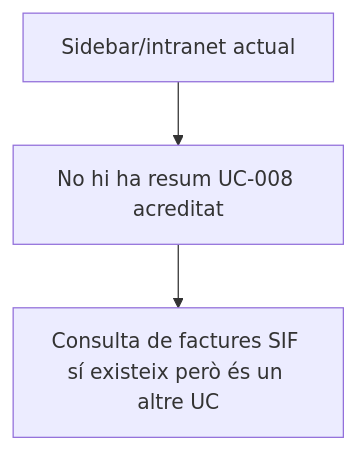
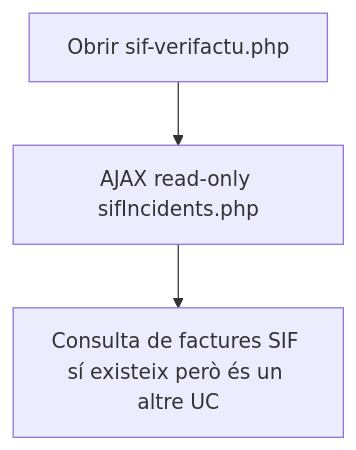
Diagram 17 of 18 in documentacio/07-uml-integrat/uc-008-activitats-pagines-incidencies-actual-final.md (orgmeriemprismacat-del/verifactu), drawn with Mermaid before and after one commit. The commit also changed other lines of this file, not shown here.

Commit message:
docs(uc-008): actualitzar activitats ACTUAL amb UI implementada

````diff
--- a/documentacio/07-uml-integrat/uc-008-activitats-pagines-incidencies-actual-final.md
+++ b/documentacio/07-uml-integrat/uc-008-activitats-pagines-incidencies-actual-final.md
@@ -245,5 +245,5 @@
 ```mermaid
 flowchart TD
-A[Sidebar/intranet actual] --> B[No hi ha resum UC-008 acreditat]
+A[Obrir sif-verifactu.php] --> B[AJAX read-only sifIncidents.php]
 B --> C[Consulta de factures SIF sí existeix però és un altre UC]
 ```
````
